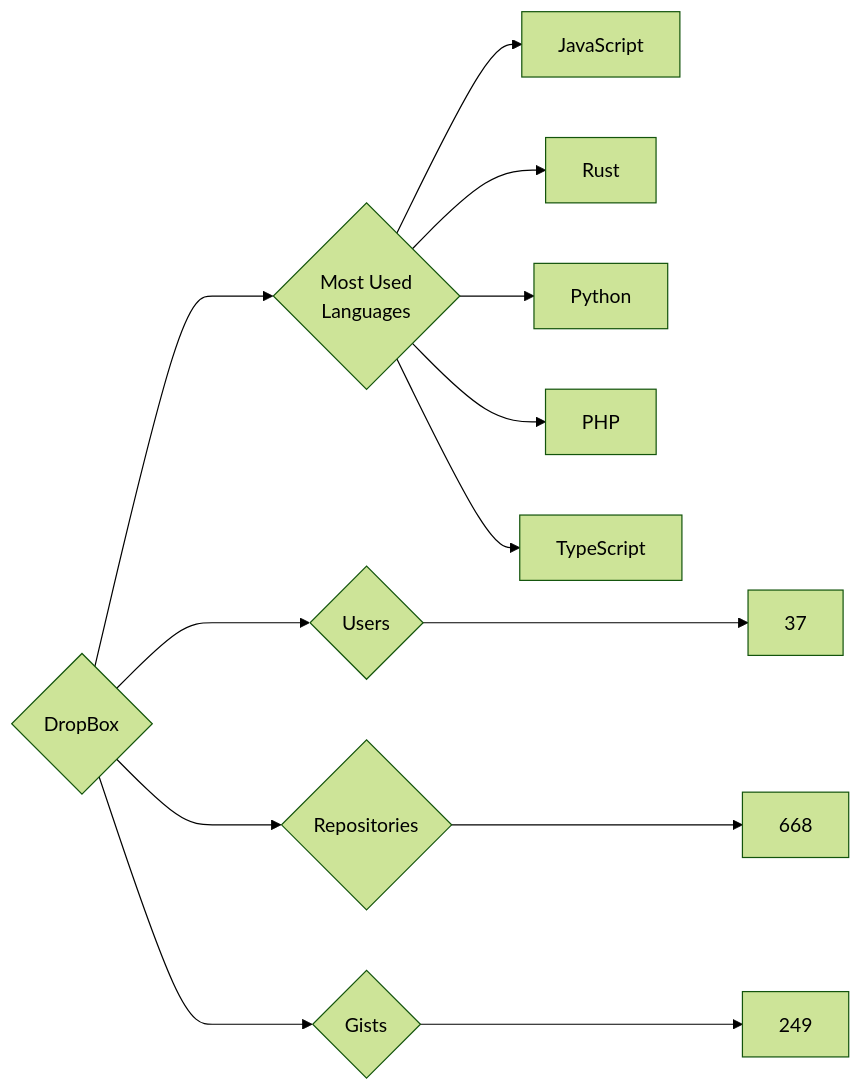
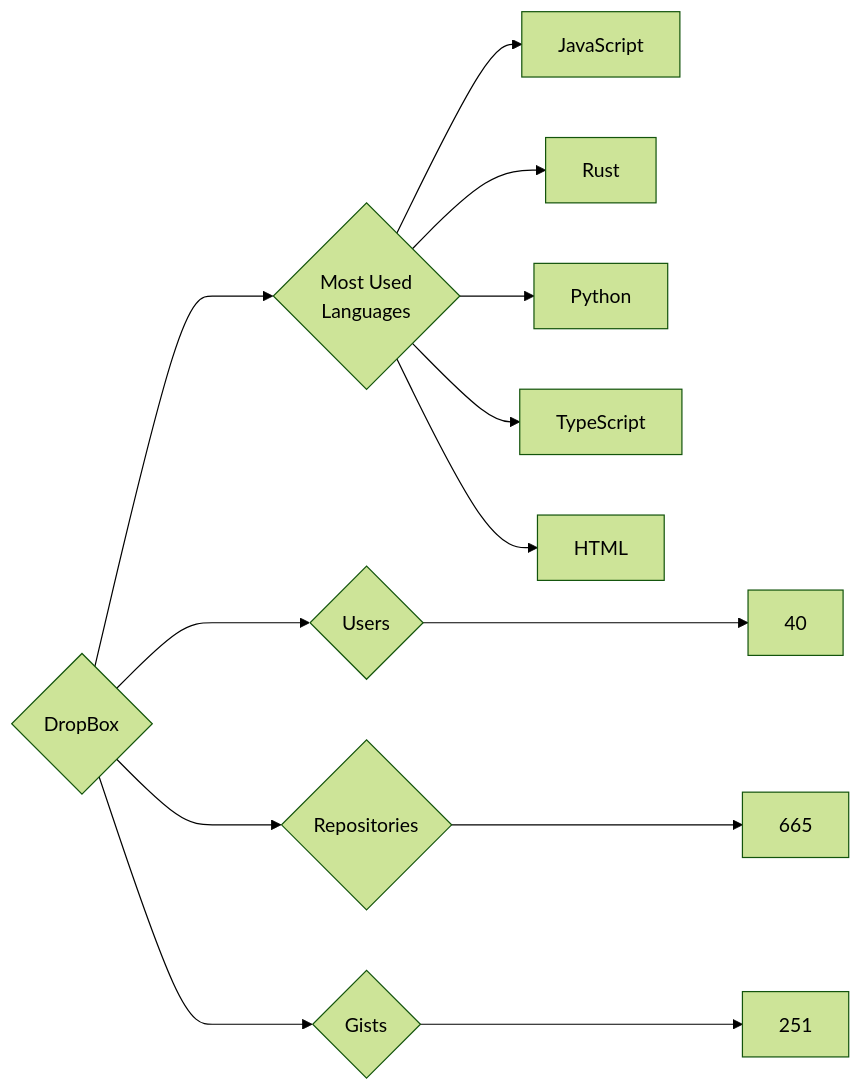
The diagram in targets/DropBox/README.md (trickest/insiders), drawn with Mermaid (forest theme) before and after one commit. The commit also changed 1195 other files, not shown here.

````diff
--- a/targets/DropBox/README.md
+++ b/targets/DropBox/README.md
@@ -3,13 +3,13 @@
 ```mermaid
 graph LR
 COMPANY_NAME{DropBox}
-COMPANY_NAME ---> U{Users} ---> UN[37]
-COMPANY_NAME ---> R{Repositories} ---> RN[668]
-COMPANY_NAME ---> G{Gists} ---> GN[249]
+COMPANY_NAME ---> U{Users} ---> UN[40]
+COMPANY_NAME ---> R{Repositories} ---> RN[665]
+COMPANY_NAME ---> G{Gists} ---> GN[251]
 COMPANY_NAME ---> ML{Most Used<br>Languages}
 ML --> JavaScript[JavaScript]
 ML --> Rust[Rust]
 ML --> Python[Python]
-ML --> PHP[PHP]
 ML --> TypeScript[TypeScript]
+ML --> HTML[HTML]
 ```
````
